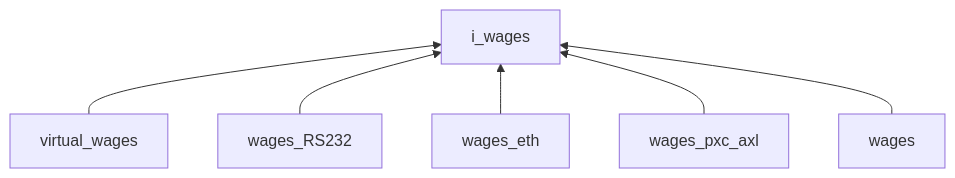
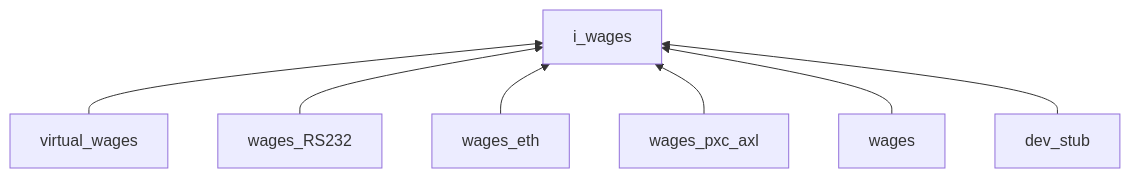
Before and after one commit to savushkin-r-d/ptusa_main: the fourth of 11 diagrams in docs/class_scheme/readme.md, drawn with Mermaid. The commit also changed other lines of this file, not shown here.

Commit message:
[review] Fixes diagram

````diff
--- a/docs/class_scheme/readme.md
+++ b/docs/class_scheme/readme.md
@@ -52,8 +52,9 @@
 ```mermaid
 flowchart BT
     virtual_wages[virtual_wages] --> i_wages[i_wages]
     wages_RS232[wages_RS232] --> i_wages
     wages_eth[wages_eth] --> i_wages
     wages_pxc_axl[wages_pxc_axl] --> i_wages
     wages[wages] --> i_wages
+    dev_stub[dev_stub] --> i_wages
 ```
````
